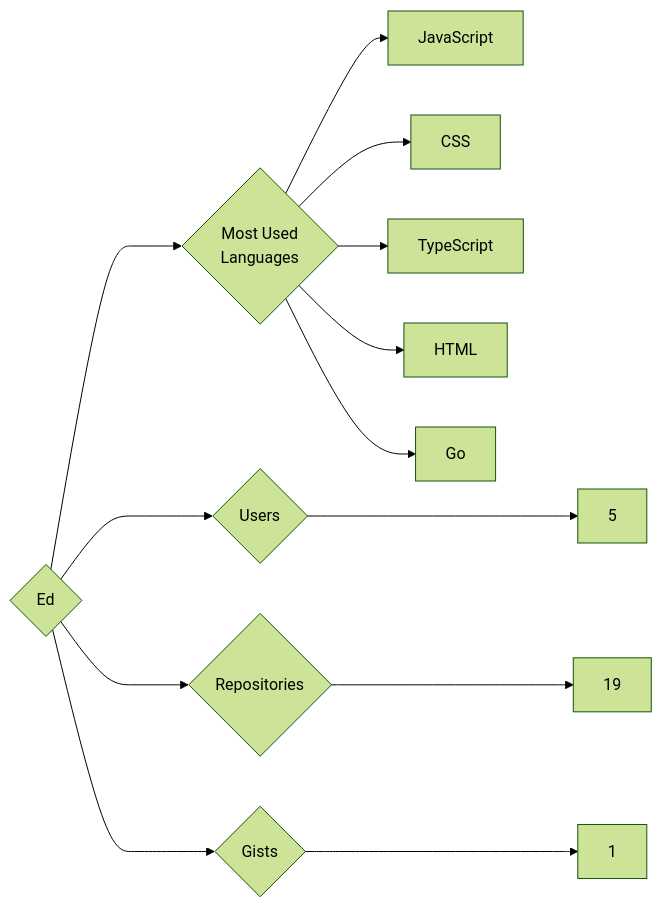
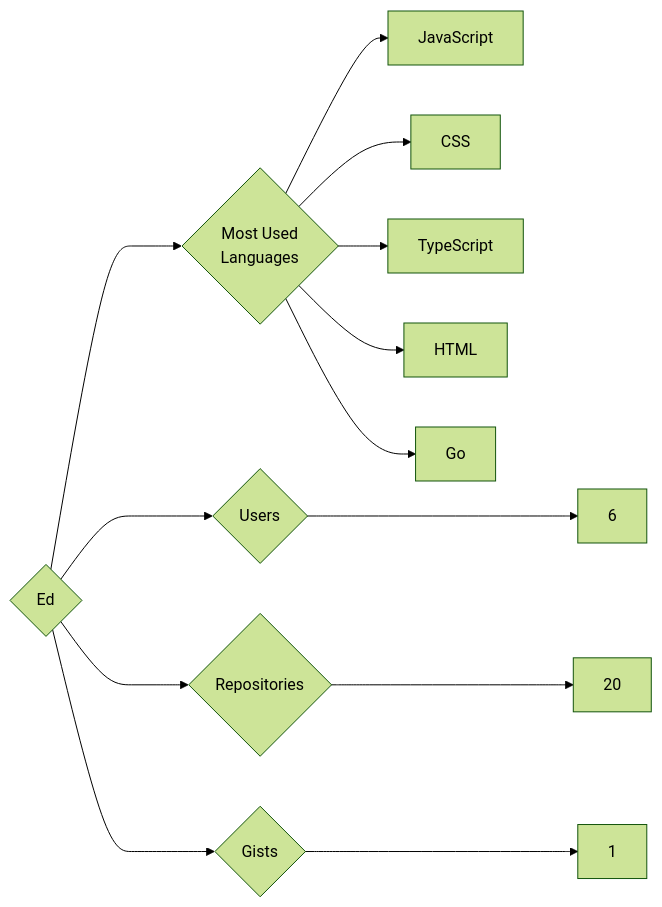
One commit to trickest/insiders changed the diagram in targets/Ed/README.md. Above: the diagram before and after it, drawn with Mermaid (forest theme). The commit also changed 618 other files, not shown here.

````diff
--- a/targets/Ed/README.md
+++ b/targets/Ed/README.md
@@ -3,13 +3,13 @@
 ```mermaid
 graph LR
 COMPANY_NAME{Ed}
-COMPANY_NAME ---> U{Users} ---> UN[5]
-COMPANY_NAME ---> R{Repositories} ---> RN[19]
+COMPANY_NAME ---> U{Users} ---> UN[6]
+COMPANY_NAME ---> R{Repositories} ---> RN[20]
 COMPANY_NAME ---> G{Gists} ---> GN[1]
 COMPANY_NAME ---> ML{Most Used<br>Languages}
 ML --> JavaScript[JavaScript]
 ML --> CSS[CSS]
 ML --> TypeScript[TypeScript]
 ML --> HTML[HTML]
 ML --> Go[Go]
 ```
````
